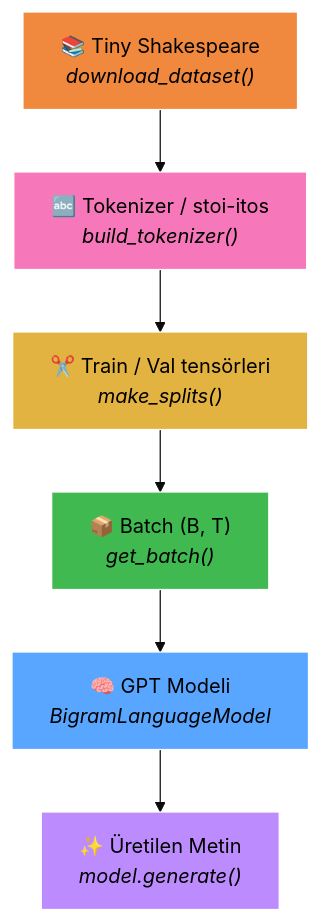
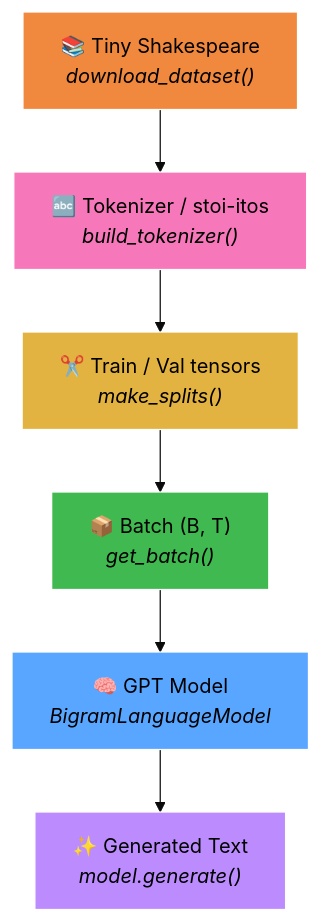
Before and after one commit to gocenalper/nano-gpt: the first of 6 diagrams in README.md, drawn with Mermaid (base theme). The commit also changed other lines of this file and 3 other files, not shown here.

````diff
--- a/README.md
+++ b/README.md
@@ -87,15 +87,15 @@
 ```mermaid
 flowchart TD
     A["📚 Tiny Shakespeare<br/><i>download_dataset()</i>"] --> B["🔤 Tokenizer / stoi-itos<br/><i>build_tokenizer()</i>"]
-    B --> C["✂️ Train / Val tensörleri<br/><i>make_splits()</i>"]
+    B --> C["✂️ Train / Val tensors<br/><i>make_splits()</i>"]
     C --> D["📦 Batch (B, T)<br/><i>get_batch()</i>"]
-    D --> E["🧠 GPT Modeli<br/><i>BigramLanguageModel</i>"]
-    E --> F["✨ Üretilen Metin<br/><i>model.generate()</i>"]
+    D --> E["🧠 GPT Model<br/><i>BigramLanguageModel</i>"]
+    E --> F["✨ Generated Text<br/><i>model.generate()</i>"]
 
     style A fill:#f0883e,stroke:#fff,color:#000
     style B fill:#f778ba,stroke:#fff,color:#000
     style C fill:#e3b341,stroke:#fff,color:#000
     style D fill:#3fb950,stroke:#fff,color:#000
     style E fill:#58a6ff,stroke:#fff,color:#000
     style F fill:#bc8cff,stroke:#fff,color:#000
 ```
````
